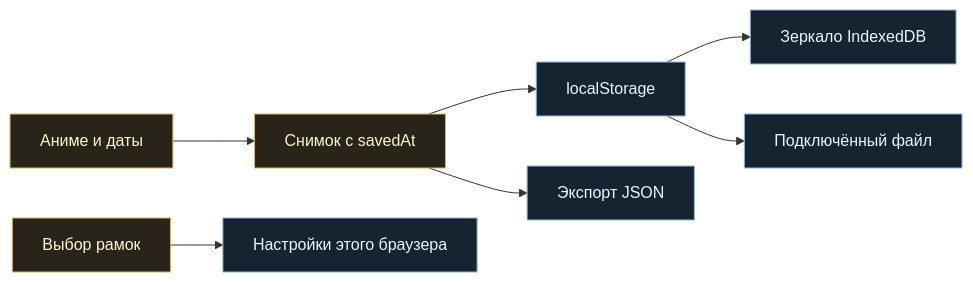
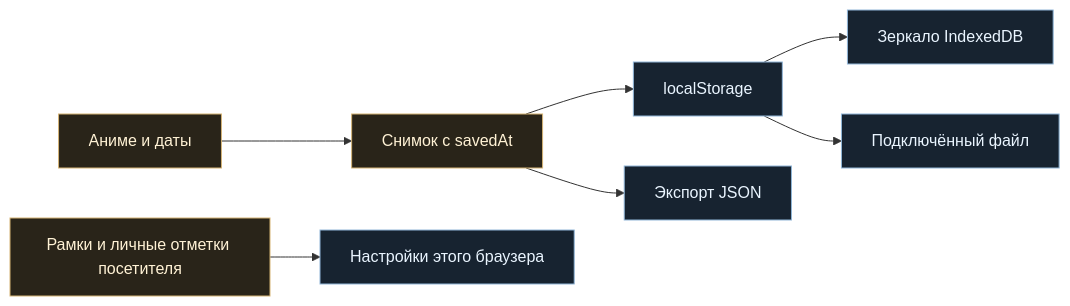
One commit to geraltschwarzenegger-svg/myTierAnime changed the diagram in README.md. Above: the diagram before and after it, drawn with Mermaid. The commit also changed other lines of this file and 26 other files, not shown here.

````diff
--- a/README.md
+++ b/README.md
@@ -220,13 +312,13 @@
 ```mermaid
 flowchart LR
     EDIT["Аниме и даты"] --> SAVE["Снимок с savedAt"]
     SAVE --> LOCAL["localStorage"]
     LOCAL --> IDB["Зеркало IndexedDB"]
     LOCAL --> FILE["Подключённый файл"]
     SAVE --> JSON["Экспорт JSON"]
-    STYLE["Выбор рамок"] --> PREFS["Настройки этого браузера"]
+    STYLE["Рамки и личные отметки посетителя"] --> PREFS["Настройки этого браузера"]
     classDef gold fill:#292419,stroke:#d5b475,color:#fff2d5;
     classDef blue fill:#172330,stroke:#91b6d8,color:#eaf5ff;
     class EDIT,SAVE,STYLE gold;
     class LOCAL,IDB,FILE,JSON,PREFS blue;
 ```
````
